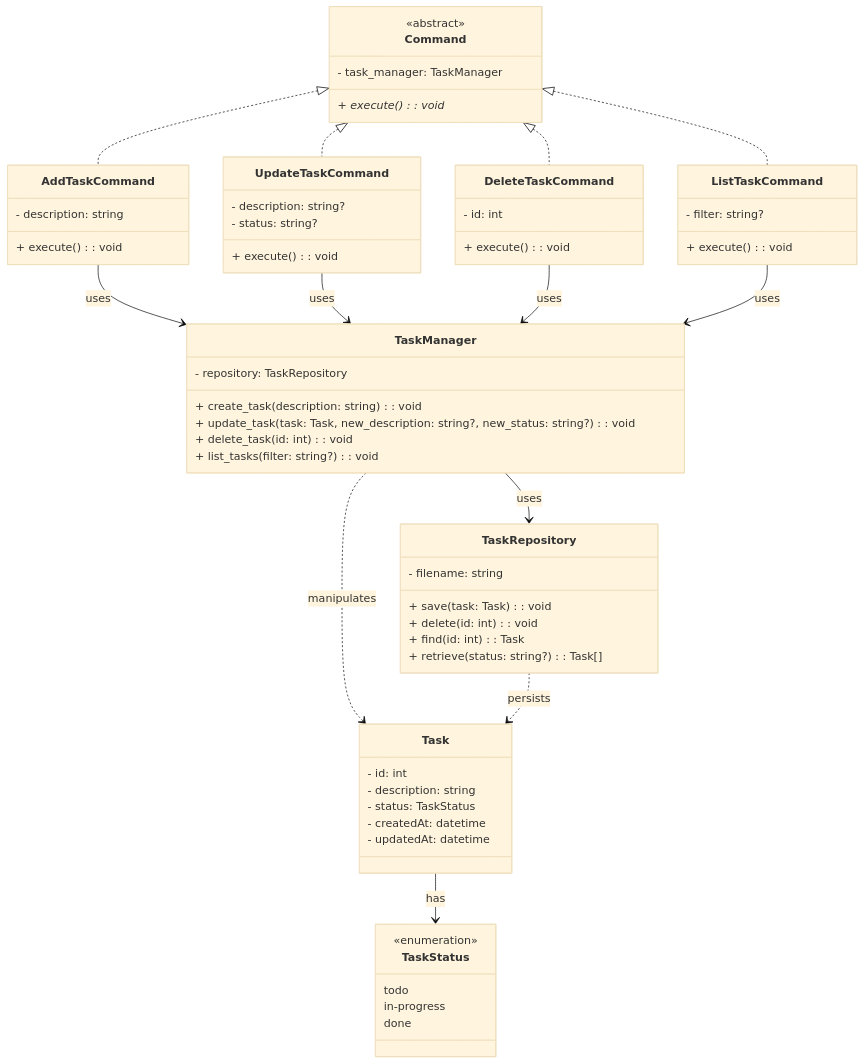
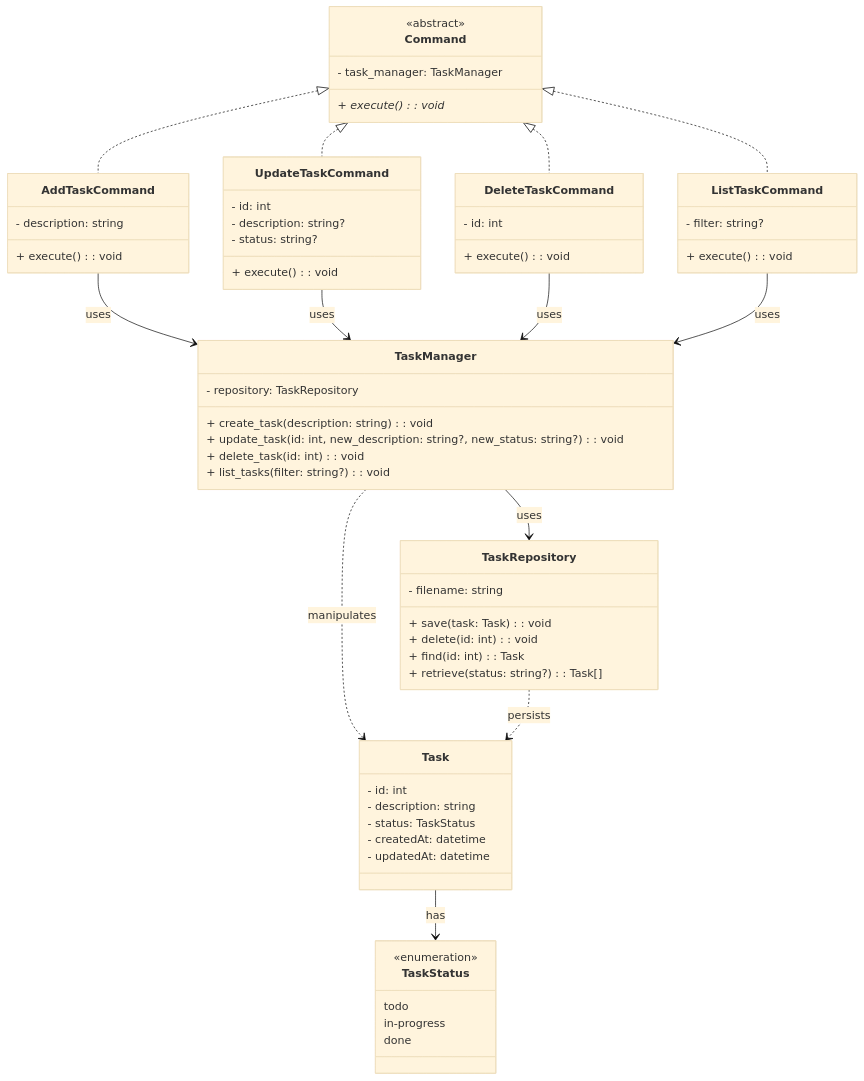
One commit to AlecYalcin/task-tracker-cli changed the diagram in docs/5. data-model.md. Above: the diagram before and after it, drawn with Mermaid (base theme).

Commit message:
fix(docs/data-model.md): update_task model logic updated and UpdateTaskCommand changed, both now utilizing id instead of the task

````diff
--- a/docs/5. data-model.md
+++ b/docs/5. data-model.md
@@ -3,75 +3,76 @@
 ```mermaid
 classDiagram
     class TaskStatus {
       <<enumeration>>
       todo
       in-progress
       done
     }
 
     class Task {
         - id: int
         - description: string
         - status: TaskStatus
         - createdAt: datetime
         - updatedAt: datetime
     }
 
     class TaskManager {
         - repository: TaskRepository
         + create_task(description: string): void
-        + update_task(task: Task, new_description: string?, new_status: string?): void
+        + update_task(id: int, new_description: string?, new_status: string?): void
         + delete_task(id: int): void
         + list_tasks(filter: string?): void
     }
 
     class TaskRepository {
         - filename: string
         + save(task: Task): void
         + delete(id: int): void
         + find(id: int): Task
         + retrieve(status: string?): Task[]
     }
 
     class Command {
         <<abstract>>
         - task_manager: TaskManager
         + execute(): void*
     }
 
     class AddTaskCommand {
         - description: string
         + execute(): void
     }
 
     class UpdateTaskCommand {
+        - id: int
         - description: string?
         - status: string?
         + execute(): void
     }
     
     class DeleteTaskCommand {
         - id: int
         + execute(): void
     }
 
     class ListTaskCommand {
         - filter: string?
         + execute(): void
     } 
 
     Task --> TaskStatus : has
     TaskManager --> TaskRepository : uses
     TaskManager ..> Task : manipulates
     TaskRepository ..> Task : persists
     
     Command <|.. AddTaskCommand
     Command <|.. UpdateTaskCommand
     Command <|.. DeleteTaskCommand
     Command <|.. ListTaskCommand
 
     AddTaskCommand --> TaskManager : uses
     UpdateTaskCommand --> TaskManager : uses
     DeleteTaskCommand --> TaskManager : uses
     ListTaskCommand --> TaskManager : uses
 ```
````
